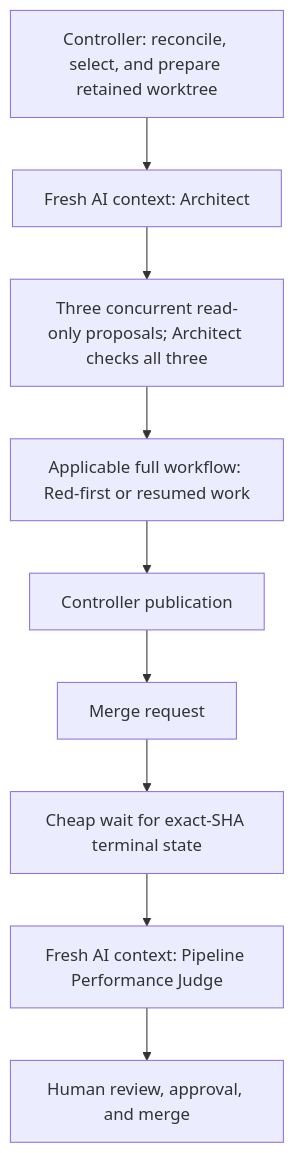
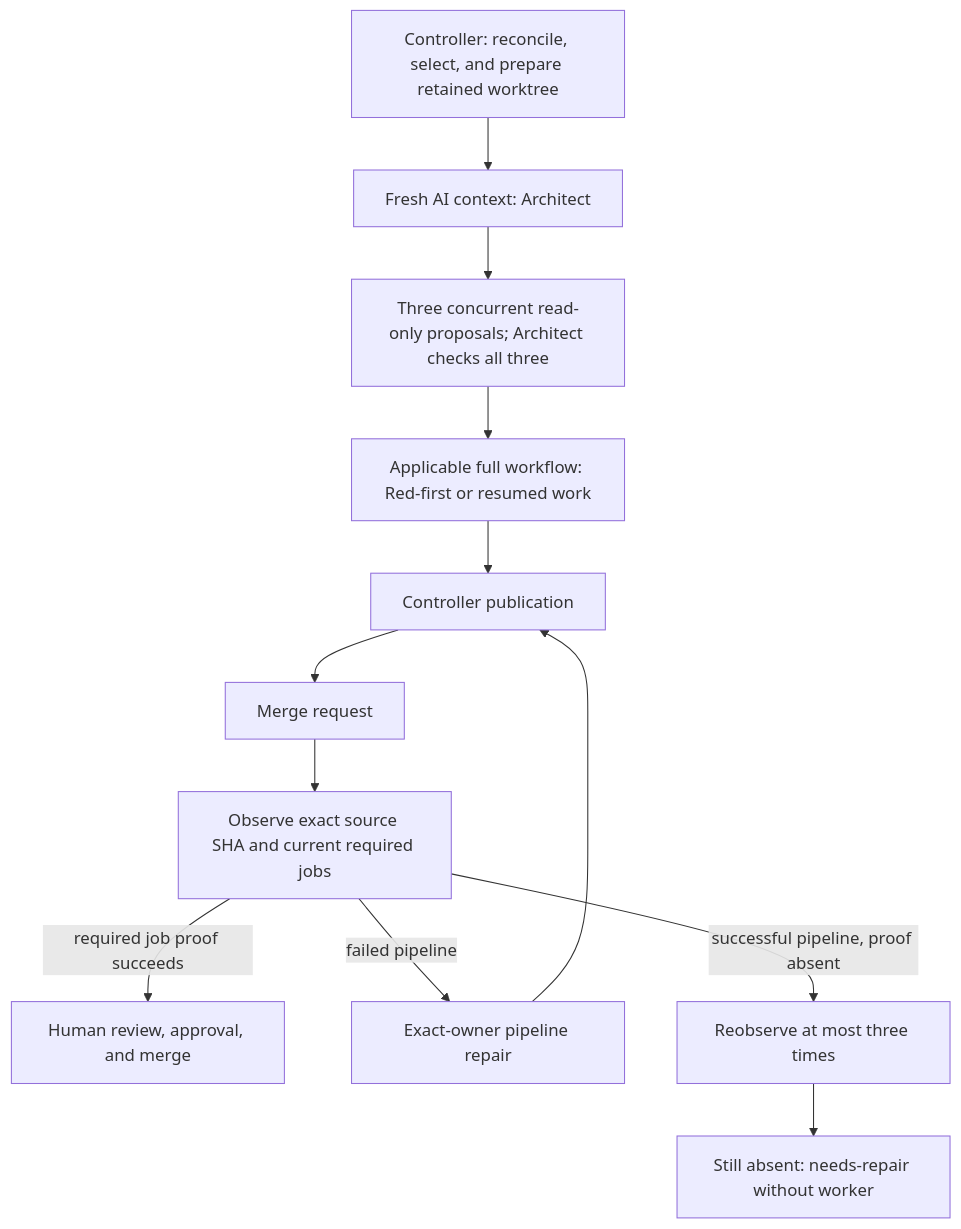
One commit to dfwguy/nvis-ova-agentic-copier changed the third of 5 diagrams in docs/explanation/agentic-workflow.md. Above: the diagram before and after it, drawn with Mermaid. The commit also changed other lines of this file and 43 other files, not shown here.

Commit message:
fix: reconcile exact required pipeline jobs without duration gate (#259)

````diff
--- a/docs/explanation/agentic-workflow.md
+++ b/docs/explanation/agentic-workflow.md
@@ -367,12 +373,15 @@
 ```mermaid
 flowchart TD
     reconcile["Controller: reconcile, select, and prepare retained worktree"]
     reconcile --> fresharchitect["Fresh AI context: Architect"]
     fresharchitect --> serialproposals["Three concurrent read-only proposals; Architect checks all three"]
     serialproposals --> fullworkflow["Applicable full workflow: Red-first or resumed work"]
     fullworkflow --> controllerpublish["Controller publication"]
     controllerpublish --> serialmr["Merge request"]
-    serialmr --> wait["Cheap wait for exact-SHA terminal state"]
-    wait --> freshpipeline["Fresh AI context: Pipeline Performance Judge"]
-    freshpipeline --> serialhuman["Human review, approval, and merge"]
+    serialmr --> wait["Observe exact source SHA and current required jobs"]
+    wait -- "required job proof succeeds" --> serialhuman["Human review, approval, and merge"]
+    wait -- "failed pipeline" --> repair["Exact-owner pipeline repair"]
+    repair --> controllerpublish
+    wait -- "successful pipeline, proof absent" --> reobserve["Reobserve at most three times"]
+    reobserve --> needsrepair["Still absent: needs-repair without worker"]
 ```
````
